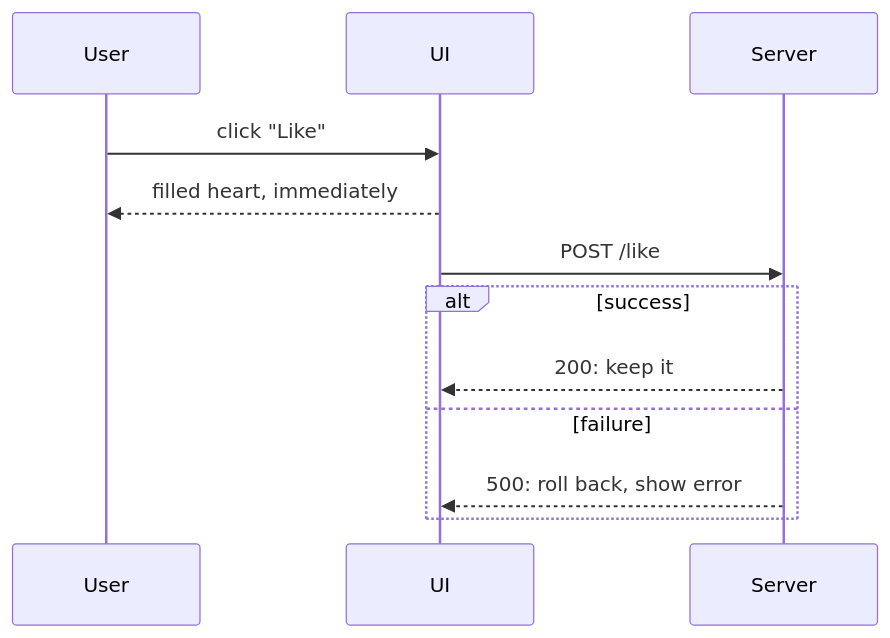
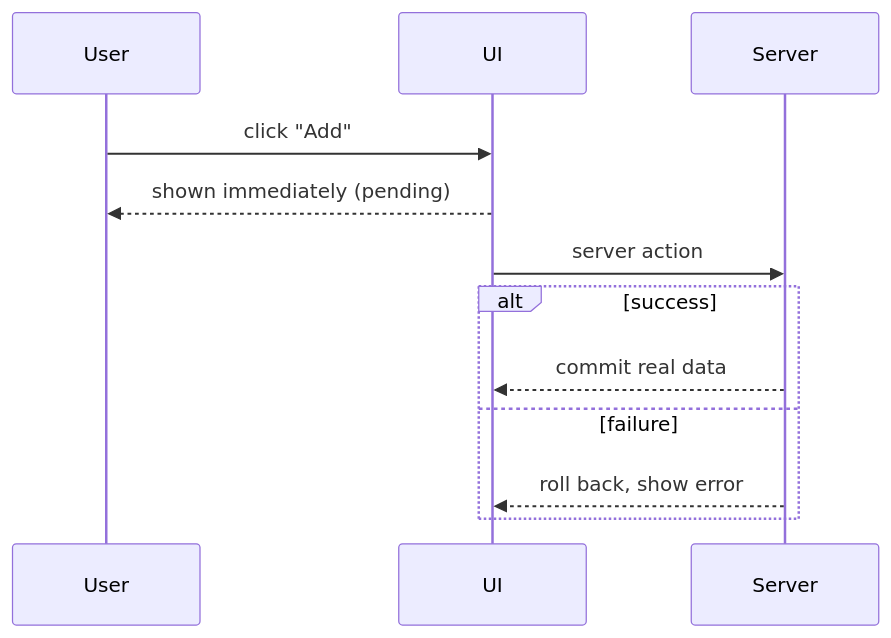
The fourth of 5 diagrams in slides/slides.md (coryhouse/instant-ui), drawn with Mermaid before and after one commit. The commit also changed other lines of this file and 3 other files, not shown here.

````diff
--- a/slides/slides.md
+++ b/slides/slides.md
@@ -826,14 +665,14 @@
-```mermaid {scale: 0.8}
+```mermaid {scale: 0.7}
 sequenceDiagram
   participant U as User
   participant UI
   participant S as Server
-  U->>UI: click "Like"
-  UI-->>U: filled heart, immediately
-  UI->>S: POST /like
+  U->>UI: click "Add"
+  UI-->>U: shown immediately (pending)
+  UI->>S: server action
   alt success
-    S-->>UI: 200: keep it
+    S-->>UI: commit real data
   else failure
-    S-->>UI: 500: roll back, show error
+    S-->>UI: roll back, show error
   end
 ```
````
